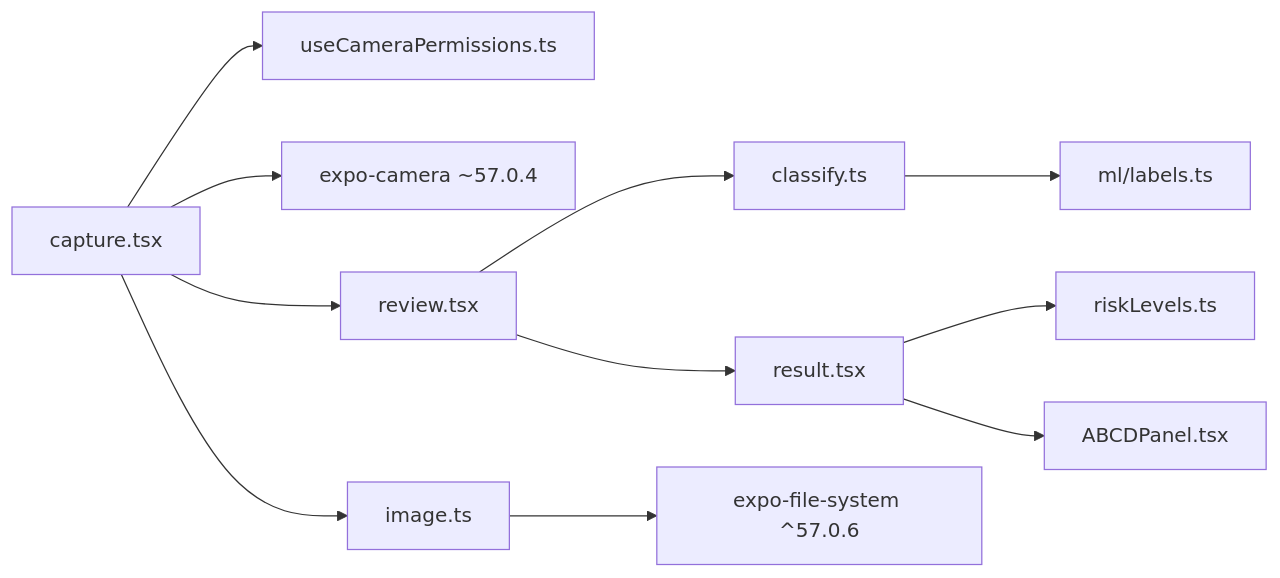
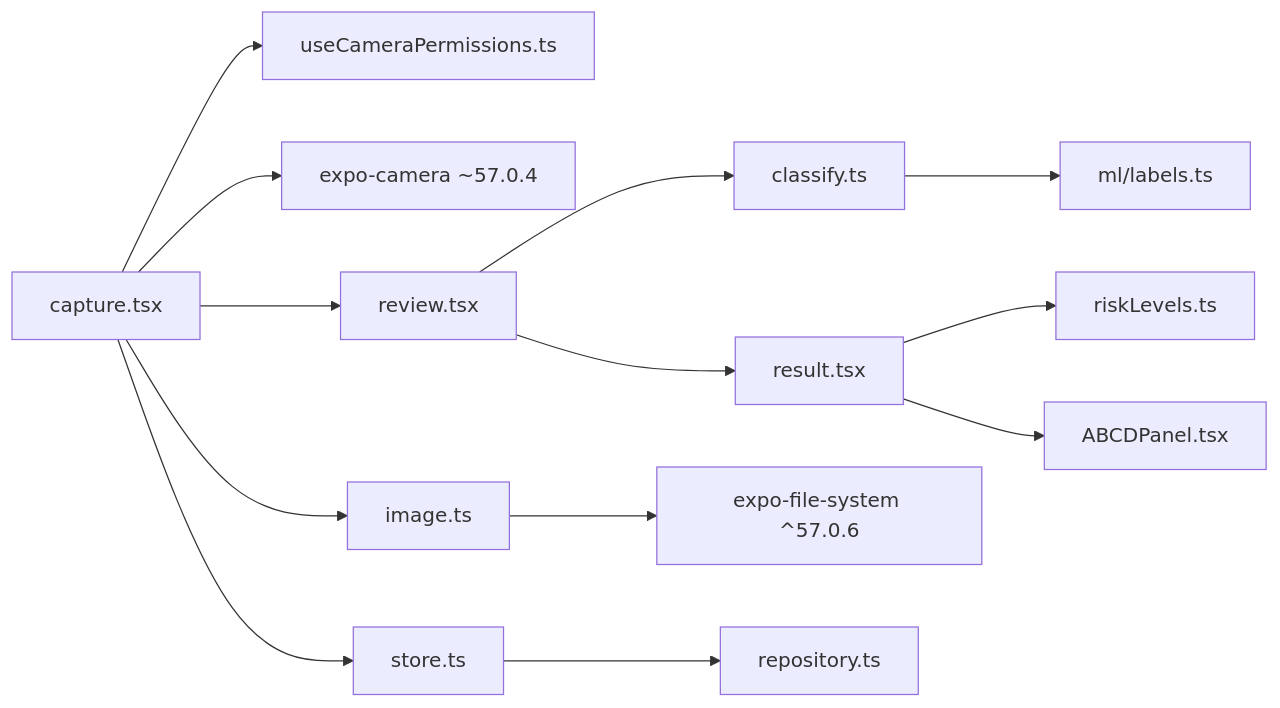
One commit to AdeelTahir-SE/DermSight changed the ninth of 9 diagrams in .qoder/repowiki/en/content/Camera Integration.md. Above: the diagram before and after it, drawn with Mermaid. The commit also changed other lines of this file and 43 other files, not shown here.

````diff
--- a/.qoder/repowiki/en/content/Camera Integration.md
+++ b/.qoder/repowiki/en/content/Camera Integration.md
@@ -333,13 +376,15 @@
 ```mermaid
 graph LR
 Capture["capture.tsx"] --> Permissions["useCameraPermissions.ts"]
 Capture --> ExpoCamera["expo-camera ~57.0.4"]
+Capture --> Store["store.ts"]
 Capture --> Review["review.tsx"]
 Review --> Inference["classify.ts"]
 Review --> Result["result.tsx"]
 Result --> Risk["riskLevels.ts"]
 Result --> ABCD["ABCDPanel.tsx"]
 Capture --> Images["image.ts"]
 Images --> FileSystem["expo-file-system ^57.0.6"]
+Store --> Repository["repository.ts"]
 Inference --> Labels["ml/labels.ts"]
 ```
````
